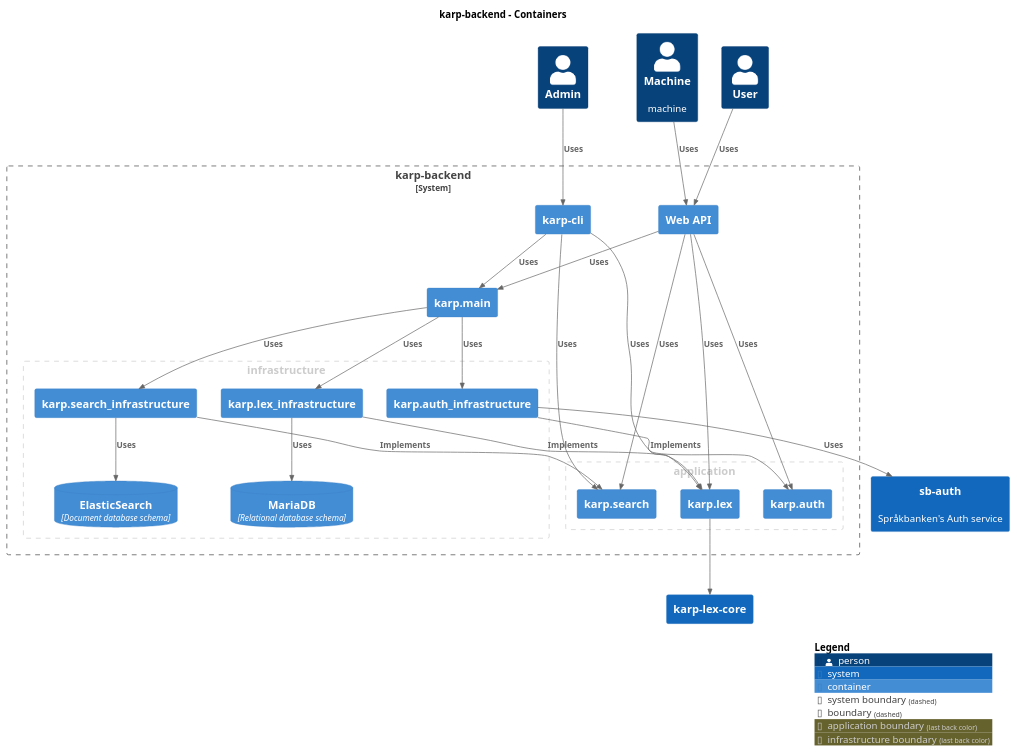
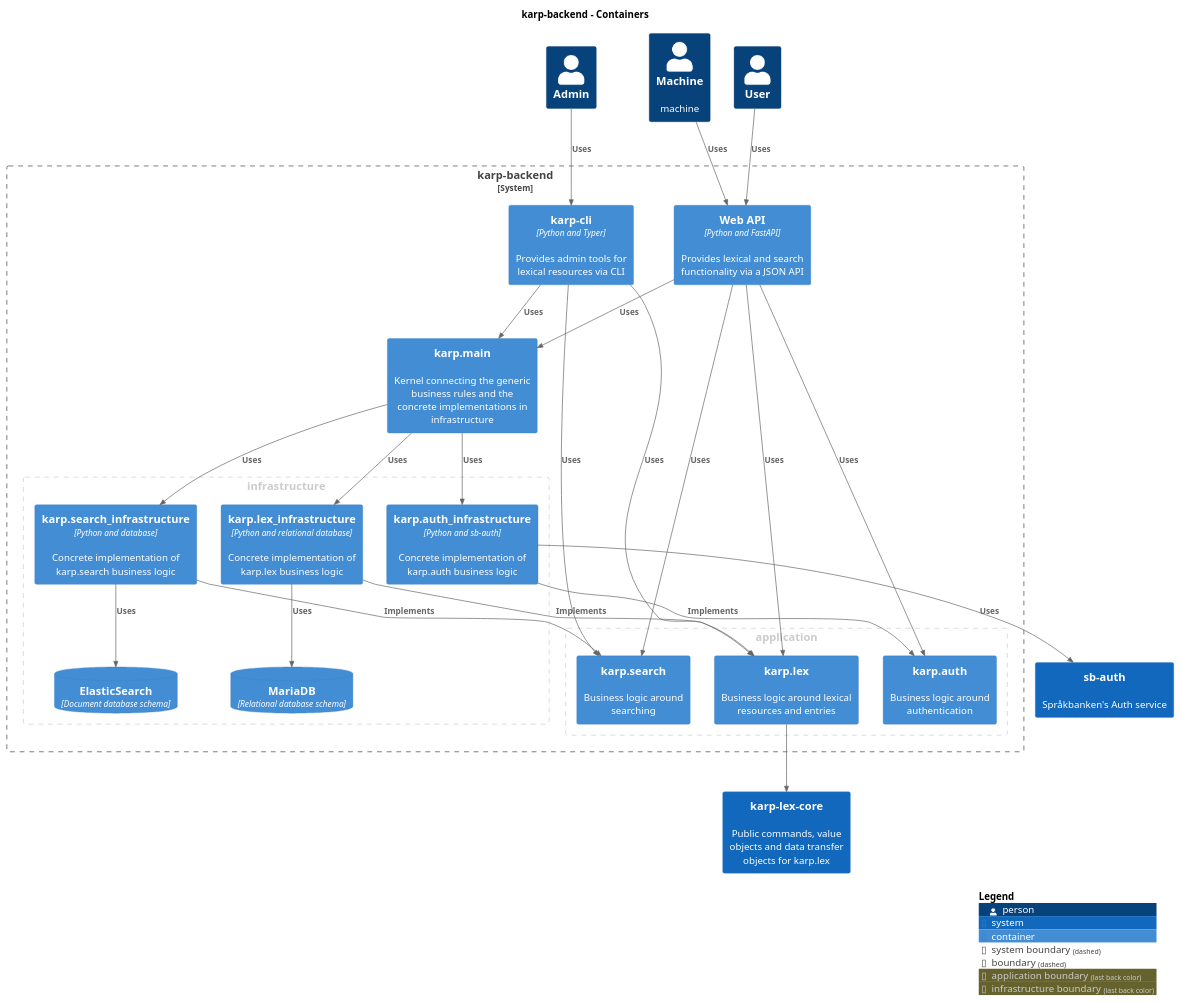
One commit to spraakbanken/karp-backend changed the diagram in docs/karp-backend/docs/system-overview/puml/Container-001-Container-001.puml. Above: the diagram before and after it, drawn with PlantUML. The commit also changed 56 other files, not shown here.

```diff
--- a/docs/karp-backend/docs/system-overview/puml/Container-001-Container-001.puml
+++ b/docs/karp-backend/docs/system-overview/puml/Container-001-Container-001.puml
@@ -1,63 +1,63 @@
 @startuml
 set separator none
 title karp-backend - Containers
 
 top to bottom direction
 
 !include <C4/C4>
 !include <C4/C4_Context>
 !include <C4/C4_Container>
 
 skinparam svgDimensionStyle false
 skinparam preserveAspectRatio meet
-System(karplexcore, "karp-lex-core", $descr="", $tags="", $link="../../karp-lex-core/context/")
+System(karplexcore, "karp-lex-core", $descr="Public commands, value objects and data transfer objects for karp.lex", $tags="", $link="../../karp-lex-core/context/")
 System(sbauth, "sb-auth", $descr="Språkbanken's Auth service", $tags="", $link="../../sb-auth/context/")
 Person(User, "User", $descr="", $tags="", $link="")
 Person(Admin, "Admin", $descr="", $tags="", $link="")
 Person(Machine, "Machine", $descr="machine", $tags="", $link="")
 
 System_Boundary("karpbackend_boundary", "karp-backend", $tags="") {
   AddBoundaryTag("application", $borderColor="#cccccc", $fontColor="#cccccc")
   Boundary(group_1, "application", $tags="application") {
-    Container(karpbackend.karpsearch, "karp.search", $techn="", $descr="", $tags="", $link="")
-    Container(karpbackend.karpauth, "karp.auth", $techn="", $descr="", $tags="", $link="")
-    Container(karpbackend.karplex, "karp.lex", $techn="", $descr="", $tags="", $link="")
+    Container(karpbackend.karpsearch, "karp.search", $techn="", $descr="Business logic around searching", $tags="", $link="")
+    Container(karpbackend.karpauth, "karp.auth", $techn="", $descr="Business logic around authentication", $tags="", $link="")
+    Container(karpbackend.karplex, "karp.lex", $techn="", $descr="Business logic around lexical resources and entries", $tags="", $link="")
   }
 
   AddBoundaryTag("infrastructure", $borderColor="#cccccc", $fontColor="#cccccc")
   Boundary(group_2, "infrastructure", $tags="infrastructure") {
-    Container(karpbackend.karpauth_infrastructure, "karp.auth_infrastructure", $techn="", $descr="", $tags="", $link="")
-    Container(karpbackend.karplex_infrastructure, "karp.lex_infrastructure", $techn="", $descr="", $tags="", $link="")
-    Container(karpbackend.karpsearch_infrastructure, "karp.search_infrastructure", $techn="", $descr="", $tags="", $link="")
+    Container(karpbackend.karpauth_infrastructure, "karp.auth_infrastructure", $techn="Python and sb-auth", $descr="Concrete implementation of karp.auth business logic", $tags="", $link="")
+    Container(karpbackend.karplex_infrastructure, "karp.lex_infrastructure", $techn="Python and relational database", $descr="Concrete implementation of karp.lex business logic", $tags="", $link="")
+    Container(karpbackend.karpsearch_infrastructure, "karp.search_infrastructure", $techn="Python and database", $descr="Concrete implementation of karp.search business logic", $tags="", $link="")
     ContainerDb(karpbackend.MariaDB, "MariaDB", $techn="Relational database schema", $descr="", $tags="", $link="")
     ContainerDb(karpbackend.ElasticSearch, "ElasticSearch", $techn="Document database schema", $descr="", $tags="", $link="")
   }
 
-  Container(karpbackend.karpmain, "karp.main", $techn="", $descr="", $tags="", $link="")
-  Container(karpbackend.WebAPI, "Web API", $techn="", $descr="", $tags="", $link="")
-  Container(karpbackend.karpcli, "karp-cli", $techn="", $descr="", $tags="", $link="")
+  Container(karpbackend.karpmain, "karp.main", $techn="", $descr="Kernel connecting the generic business rules and the concrete implementations in infrastructure", $tags="", $link="")
+  Container(karpbackend.WebAPI, "Web API", $techn="Python and FastAPI", $descr="Provides lexical and search functionality via a JSON API", $tags="", $link="")
+  Container(karpbackend.karpcli, "karp-cli", $techn="Python and Typer", $descr="Provides admin tools for lexical resources via CLI", $tags="", $link="")
 }
 
 Rel_D(User, karpbackend.WebAPI, "Uses", $techn="", $tags="", $link="")
 Rel_D(Machine, karpbackend.WebAPI, "Uses", $techn="", $tags="", $link="")
 Rel_D(Admin, karpbackend.karpcli, "Uses", $techn="", $tags="", $link="")
 Rel_D(karpbackend.WebAPI, karpbackend.karpauth, "Uses", $techn="", $tags="", $link="")
 Rel_D(karpbackend.WebAPI, karpbackend.karplex, "Uses", $techn="", $tags="", $link="")
 Rel_D(karpbackend.WebAPI, karpbackend.karpmain, "Uses", $techn="", $tags="", $link="")
 Rel_D(karpbackend.WebAPI, karpbackend.karpsearch, "Uses", $techn="", $tags="", $link="")
 Rel_D(karpbackend.karpcli, karpbackend.karplex, "Uses", $techn="", $tags="", $link="")
 Rel_D(karpbackend.karpcli, karpbackend.karpmain, "Uses", $techn="", $tags="", $link="")
 Rel_D(karpbackend.karpcli, karpbackend.karpsearch, "Uses", $techn="", $tags="", $link="")
 Rel_D(karpbackend.karplex, karplexcore, "", $techn="", $tags="", $link="")
 Rel_D(karpbackend.karpmain, karpbackend.karpauth_infrastructure, "Uses", $techn="", $tags="", $link="")
 Rel_D(karpbackend.karpmain, karpbackend.karplex_infrastructure, "Uses", $techn="", $tags="", $link="")
 Rel_D(karpbackend.karpmain, karpbackend.karpsearch_infrastructure, "Uses", $techn="", $tags="", $link="")
 Rel_D(karpbackend.karpauth_infrastructure, karpbackend.karpauth, "Implements", $techn="", $tags="", $link="")
 Rel_D(karpbackend.karpauth_infrastructure, sbauth, "Uses", $techn="", $tags="", $link="")
 Rel_D(karpbackend.karplex_infrastructure, karpbackend.karplex, "Implements", $techn="", $tags="", $link="")
 Rel_D(karpbackend.karplex_infrastructure, karpbackend.MariaDB, "Uses", $techn="", $tags="", $link="")
 Rel_D(karpbackend.karpsearch_infrastructure, karpbackend.karpsearch, "Implements", $techn="", $tags="", $link="")
 Rel_D(karpbackend.karpsearch_infrastructure, karpbackend.ElasticSearch, "Uses", $techn="", $tags="", $link="")
 
 SHOW_LEGEND(true)
 @enduml
```
